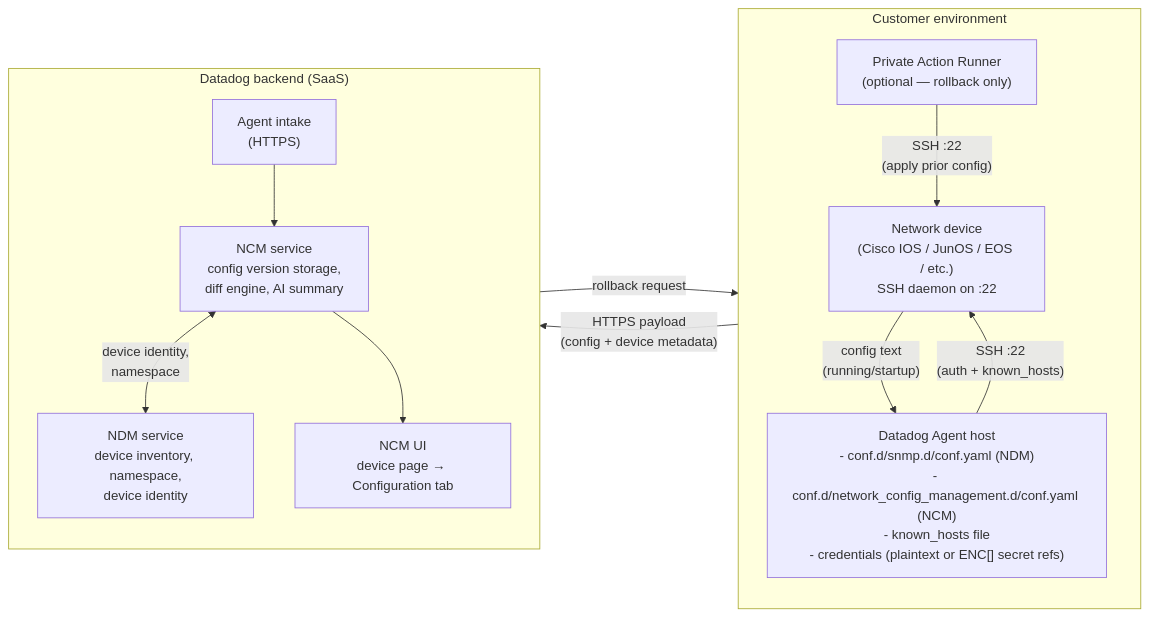
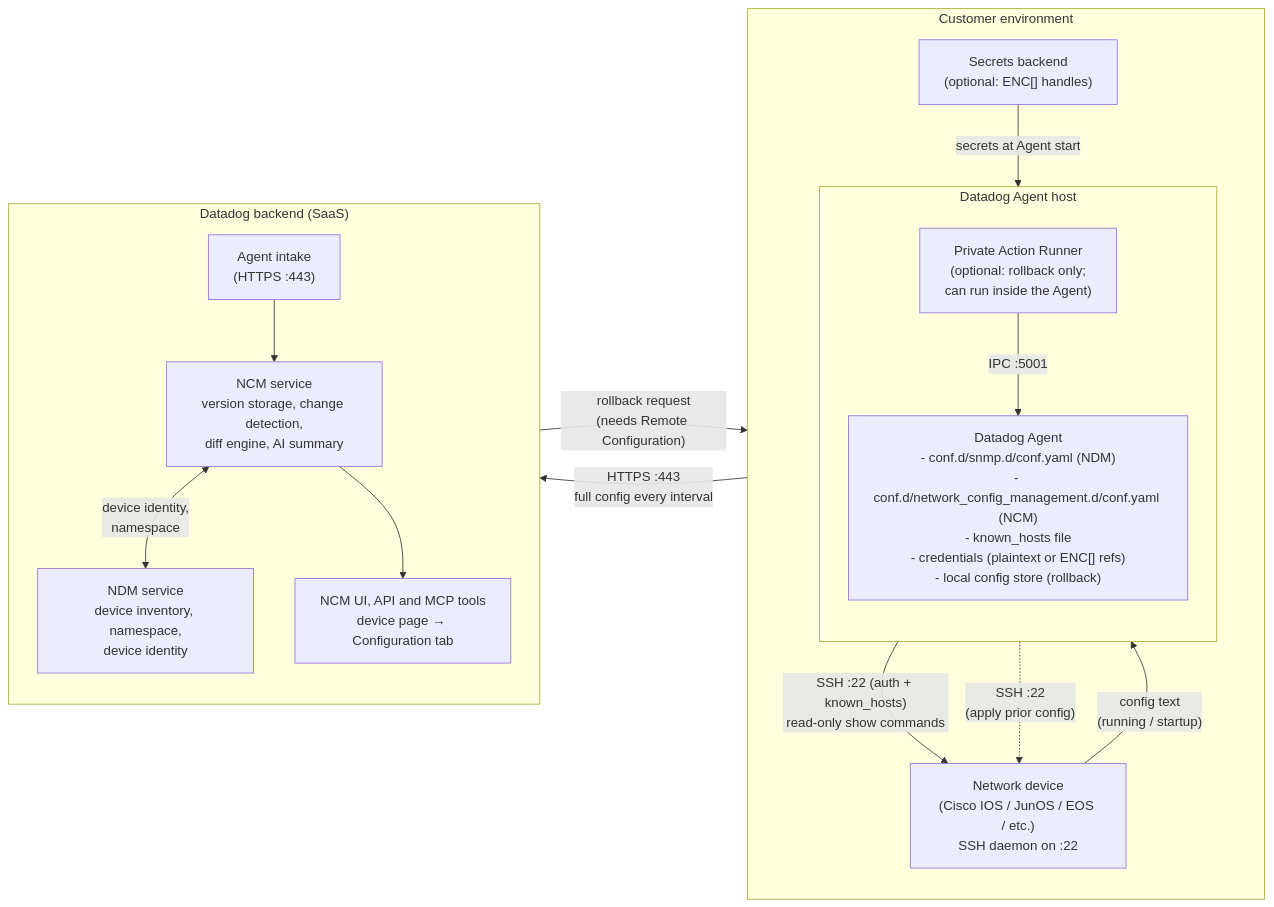
Before and after one commit to rchecker-DDG/ndm-snmp-configs: the first of 3 diagrams in ncm-config-samples/ARCHITECTURE.md, drawn with Mermaid. The commit also changed other lines of this file and 8 other files, not shown here.

First line of the commit message:
Add NCM configuration guide, rollback sample, and architecture corrections (#5)

````diff
--- a/ncm-config-samples/ARCHITECTURE.md
+++ b/ncm-config-samples/ARCHITECTURE.md
@@ -19,26 +19,32 @@
 ```mermaid
 flowchart LR
     subgraph customer_env["Customer environment"]
         direction TB
+        vault["Secrets backend<br/>(optional: ENC[] handles)"]
+        subgraph agent_host["Datadog Agent host"]
+            direction TB
+            agent["Datadog Agent<br/>- conf.d/snmp.d/conf.yaml (NDM)<br/>- conf.d/network_config_management.d/conf.yaml (NCM)<br/>- known_hosts file<br/>- credentials (plaintext or ENC[] refs)<br/>- local config store (rollback)"]
+            par["Private Action Runner<br/>(optional: rollback only;<br/>can run inside the Agent)"]
+        end
         device["Network device<br/>(Cisco IOS / JunOS / EOS / etc.)<br/>SSH daemon on :22"]
-        agent["Datadog Agent host<br/>- conf.d/snmp.d/conf.yaml (NDM)<br/>- conf.d/network_config_management.d/conf.yaml (NCM)<br/>- known_hosts file<br/>- credentials (plaintext or ENC[] secret refs)"]
-        par["Private Action Runner<br/>(optional — rollback only)"]
     end
 
     subgraph datadog_cloud["Datadog backend (SaaS)"]
         direction TB
-        intake["Agent intake<br/>(HTTPS)"]
+        intake["Agent intake<br/>(HTTPS :443)"]
         ndm_svc["NDM service<br/>device inventory, namespace,<br/>device identity"]
-        ncm_svc["NCM service<br/>config version storage,<br/>diff engine, AI summary"]
-        ui["NCM UI<br/>device page → Configuration tab"]
+        ncm_svc["NCM service<br/>version storage, change detection,<br/>diff engine, AI summary"]
+        ui["NCM UI, API and MCP tools<br/>device page → Configuration tab"]
     end
 
-    agent -- "SSH :22<br/>(auth + known_hosts)" --> device
-    device -- "config text<br/>(running/startup)" --> agent
-    agent -- "HTTPS payload<br/>(config + device metadata)" --> intake
+    vault -- "secrets at Agent start" --> agent
+    agent -- "SSH :22 (auth + known_hosts)<br/>read-only show commands" --> device
+    device -- "config text<br/>(running / startup)" --> agent
+    agent -- "HTTPS :443<br/>full config every interval" --> intake
     intake --> ncm_svc
     ncm_svc <-- "device identity,<br/>namespace" --> ndm_svc
     ncm_svc --> ui
-    ui -- "rollback request" --> par
-    par -- "SSH :22<br/>(apply prior config)" --> device
+    ui -- "rollback request<br/>(needs Remote Configuration)" --> par
+    par -- "IPC :5001" --> agent
+    agent -. "SSH :22<br/>(apply prior config)" .-> device
 ```
````
